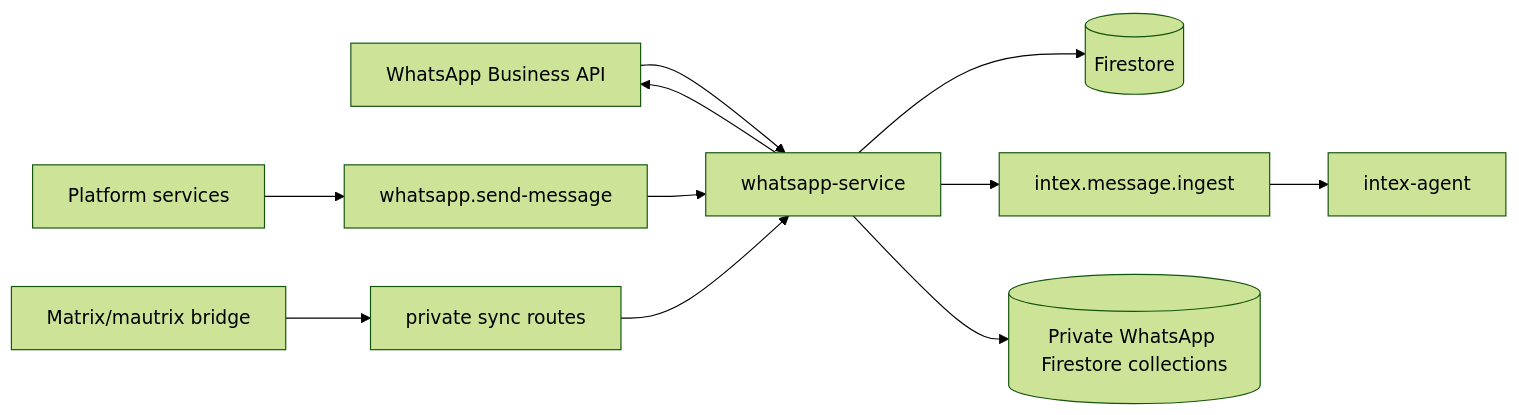
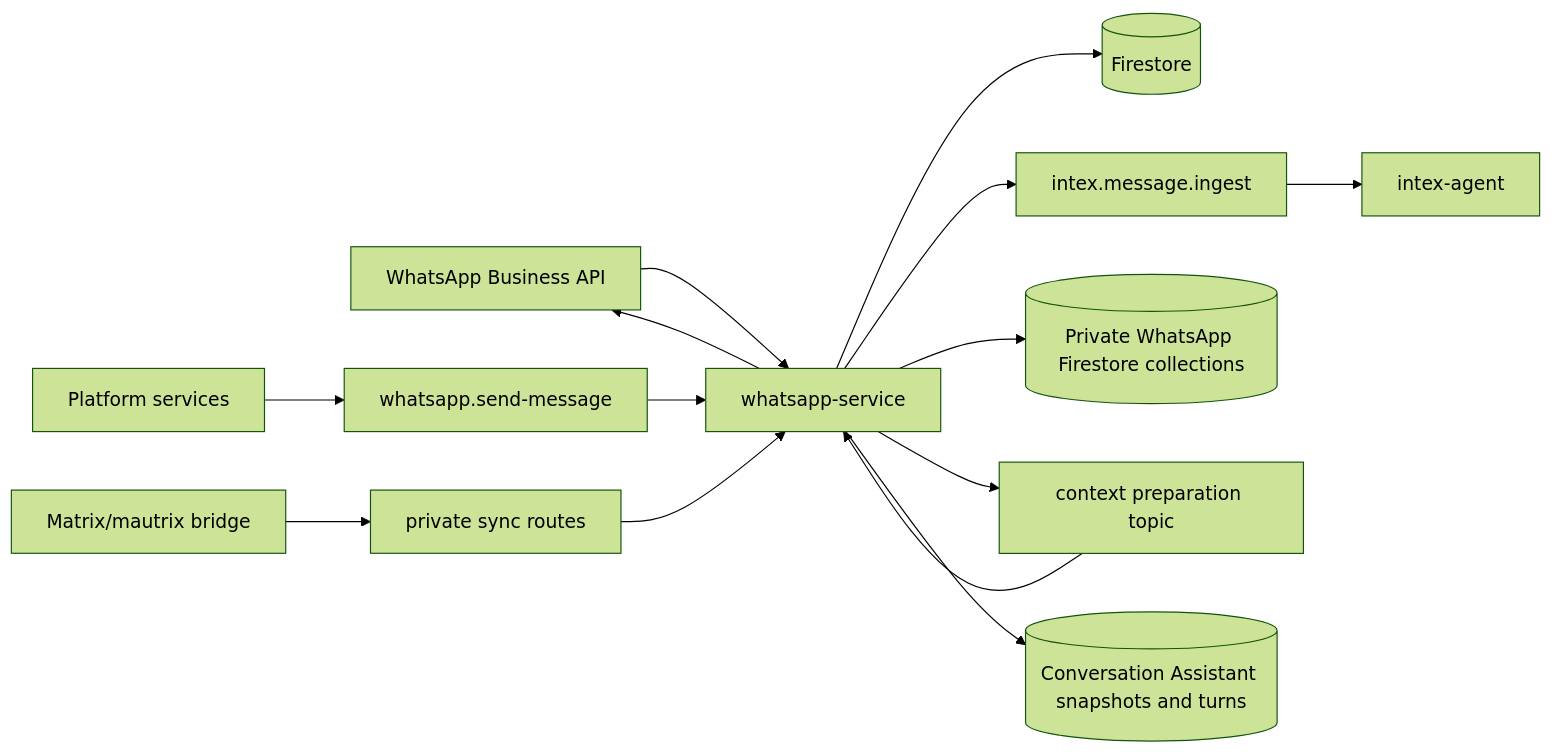
One commit to pbuchman/intexuraos changed the diagram in docs/services/whatsapp-service/technical.md. Above: the diagram before and after it, drawn with Mermaid (forest theme). The commit also changed other lines of this file and 162 other files, not shown here.

Commit message:
feat(whatsapp): add incremental conversation context

````diff
--- a/docs/services/whatsapp-service/technical.md
+++ b/docs/services/whatsapp-service/technical.md
@@ -7,13 +7,16 @@
 ```mermaid
 flowchart LR
     Meta[WhatsApp Business API] --> WS[whatsapp-service]
     WS --> Store[(Firestore)]
     WS --> IntexTopic[intex.message.ingest]
     IntexTopic --> Intex[intex-agent]
     Services[Platform services] --> SendTopic[whatsapp.send-message]
     SendTopic --> WS
     WS --> Meta
     Matrix[Matrix/mautrix bridge] --> PrivateSync[private sync routes]
     PrivateSync --> WS
     WS --> PrivateStore[(Private WhatsApp Firestore collections)]
+    WS --> ContextWork[context preparation topic]
+    ContextWork --> WS
+    WS --> AssistantStore[(Conversation Assistant snapshots and turns)]
 ```
````
